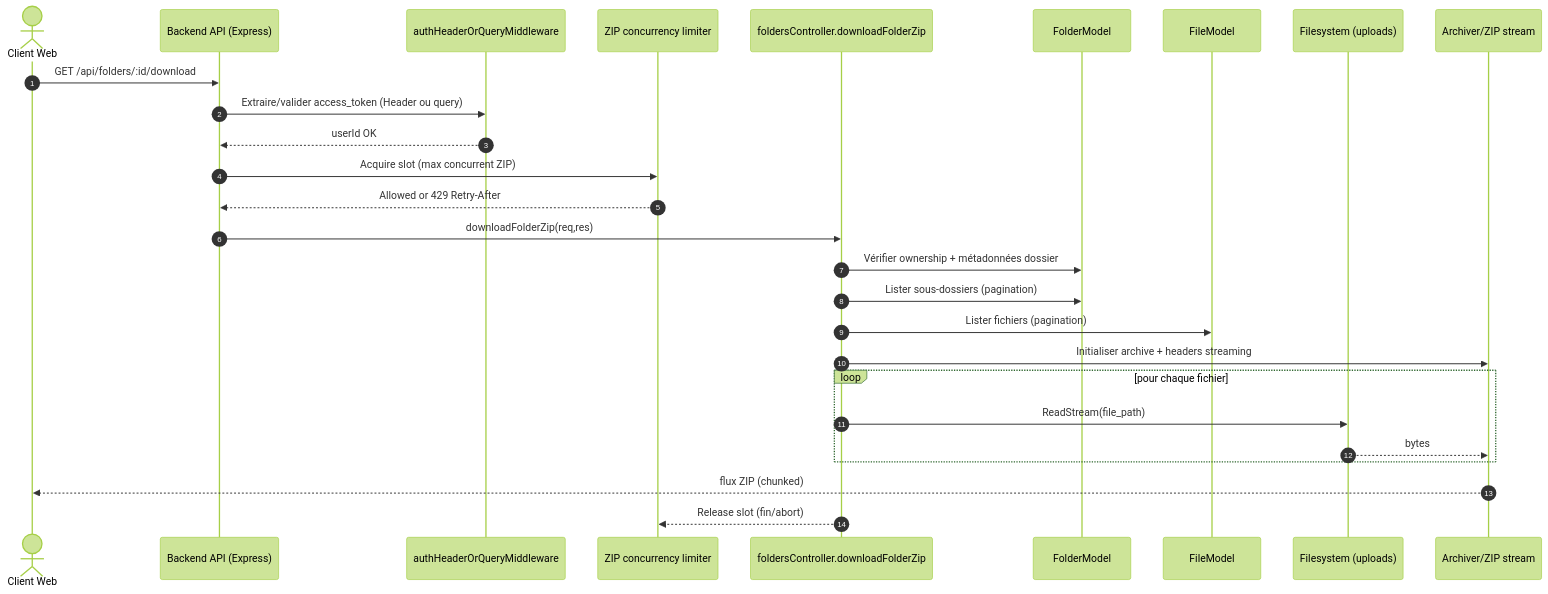
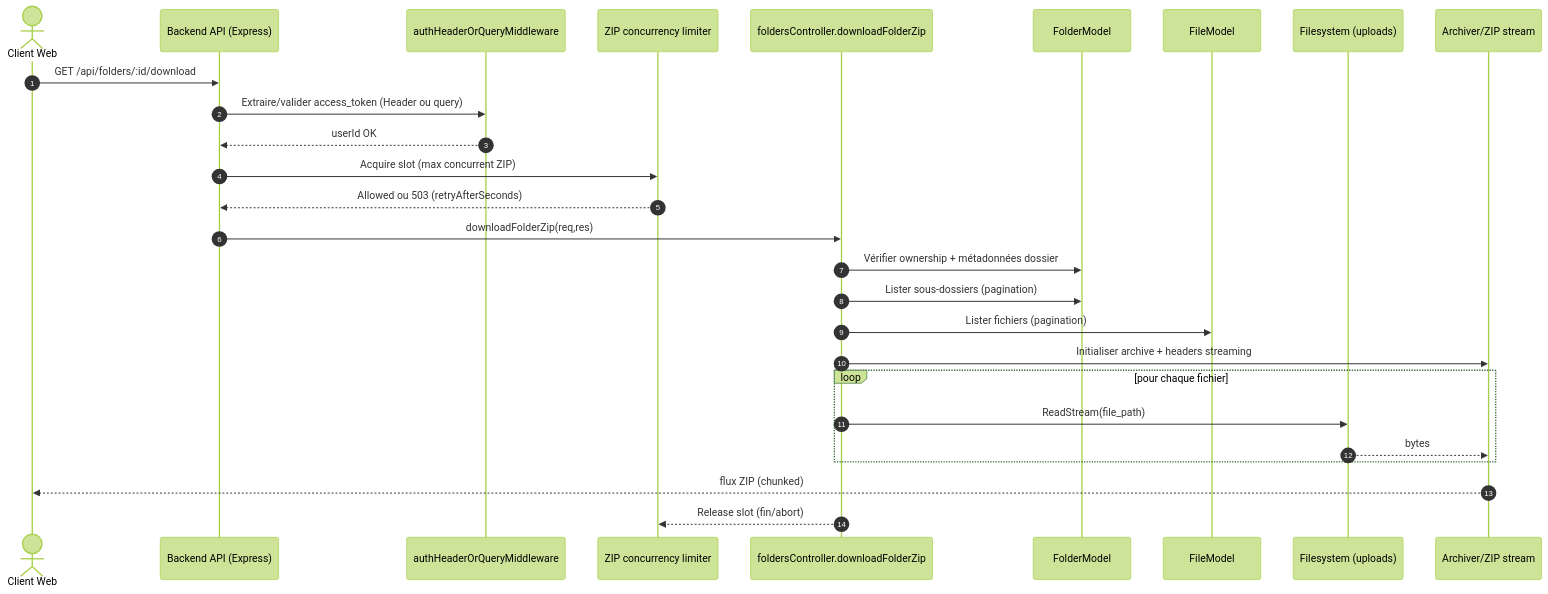
The fourth of 5 diagrams in docs/DIAGRAMMES_UML.md (Elie224/SUPFile), drawn with Mermaid (forest theme) before and after one commit. The commit also changed other lines of this file and 1 other file, not shown here.

Commit message:
docs: align API + UML diagrams with backend

````diff
--- a/docs/DIAGRAMMES_UML.md
+++ b/docs/DIAGRAMMES_UML.md
@@ -220,30 +220,30 @@
 ```mermaid
 sequenceDiagram
     autonumber
     actor Client as Client Web
     participant API as Backend API (Express)
     participant Auth as authHeaderOrQueryMiddleware
     participant Lim as ZIP concurrency limiter
     participant Ctrl as foldersController.downloadFolderZip
     participant Folders as FolderModel
     participant Files as FileModel
     participant FS as Filesystem (uploads)
     participant Zip as Archiver/ZIP stream
 
     Client->>API: GET /api/folders/:id/download
     API->>Auth: Extraire/valider access_token (Header ou query)
     Auth-->>API: userId OK
     API->>Lim: Acquire slot (max concurrent ZIP)
-    Lim-->>API: Allowed or 429 Retry-After
+    Lim-->>API: Allowed ou 503 (retryAfterSeconds)
     API->>Ctrl: downloadFolderZip(req,res)
     Ctrl->>Folders: Vérifier ownership + métadonnées dossier
     Ctrl->>Folders: Lister sous-dossiers (pagination)
     Ctrl->>Files: Lister fichiers (pagination)
     Ctrl->>Zip: Initialiser archive + headers streaming
     loop pour chaque fichier
         Ctrl->>FS: ReadStream(file_path)
         FS-->>Zip: bytes
     end
     Zip-->>Client: flux ZIP (chunked)
     Ctrl-->>Lim: Release slot (fin/abort)
 ```
````
